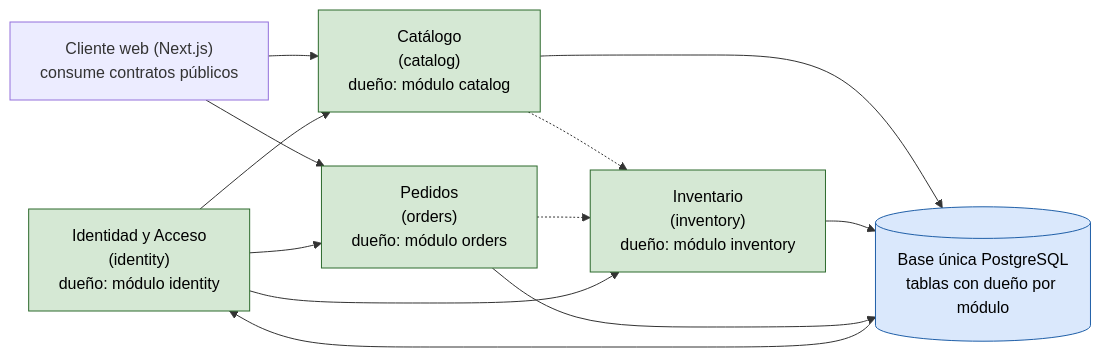
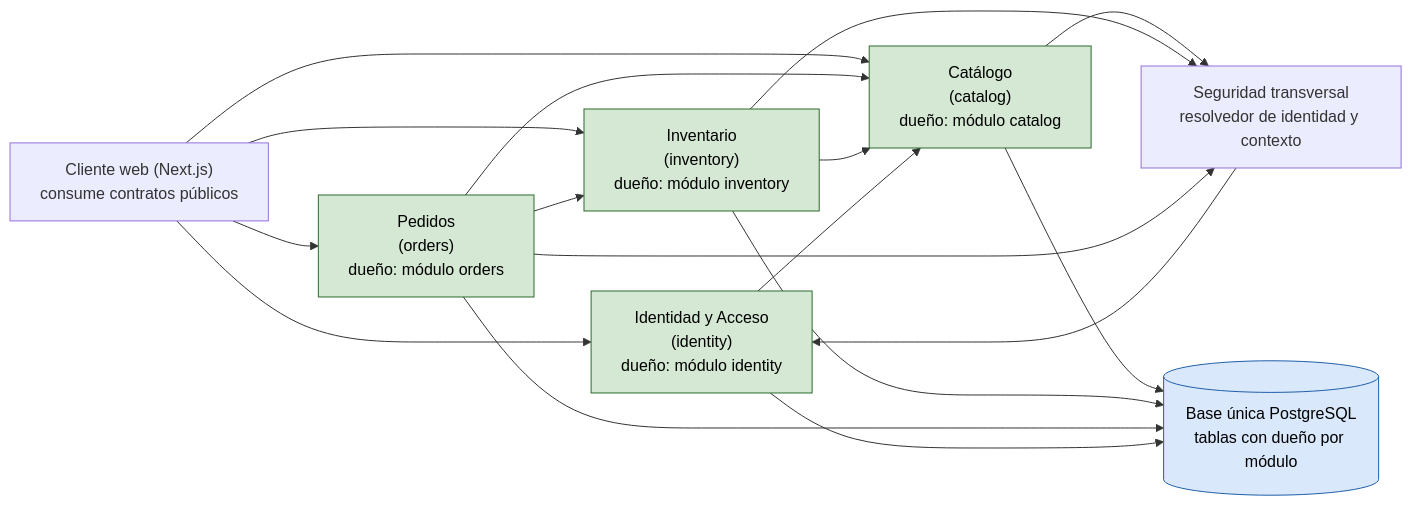
Before and after one commit to ISCOUTB/AS_202620_TIENDA-VIRTUAL-UTB: the diagram in docs/bounded-contexts.md, drawn with Mermaid. The commit also changed other lines of this file and 25 other files, not shown here.

````diff
--- a/docs/bounded-contexts.md
+++ b/docs/bounded-contexts.md
@@ -28,27 +28,33 @@
 ```mermaid
 flowchart LR
     I["Identidad y Acceso<br/>(identity)<br/>dueño: módulo identity"]
     C["Catálogo<br/>(catalog)<br/>dueño: módulo catalog"]
     INV["Inventario<br/>(inventory)<br/>dueño: módulo inventory"]
     O["Pedidos<br/>(orders)<br/>dueño: módulo orders"]
     DB[("Base única PostgreSQL<br/>tablas con dueño por módulo")]
     WEB["Cliente web (Next.js)<br/>consume contratos públicos"]
 
+    WEB --> I
     WEB --> C
+    WEB --> INV
     WEB --> O
-    C -.-> INV
-    O -.-> INV
+    O --> C
+    O --> INV
+    INV --> C
     I --> C
-    I --> O
-    I --> INV
+    S["Seguridad transversal<br/>resolvedor de identidad y contexto"]
+    C --> S
+    INV --> S
+    O --> S
+    S --> I
 
     C --> DB
     INV --> DB
     O --> DB
-    DB --> I
+    I --> DB
 
     classDef owner fill:#d5e8d4,stroke:#2d6a2d,color:#000000
     class I,C,INV,O owner
     classDef infra fill:#dae8fc,stroke:#1f5fa8,color:#000000
     class DB infra
 ```
````
